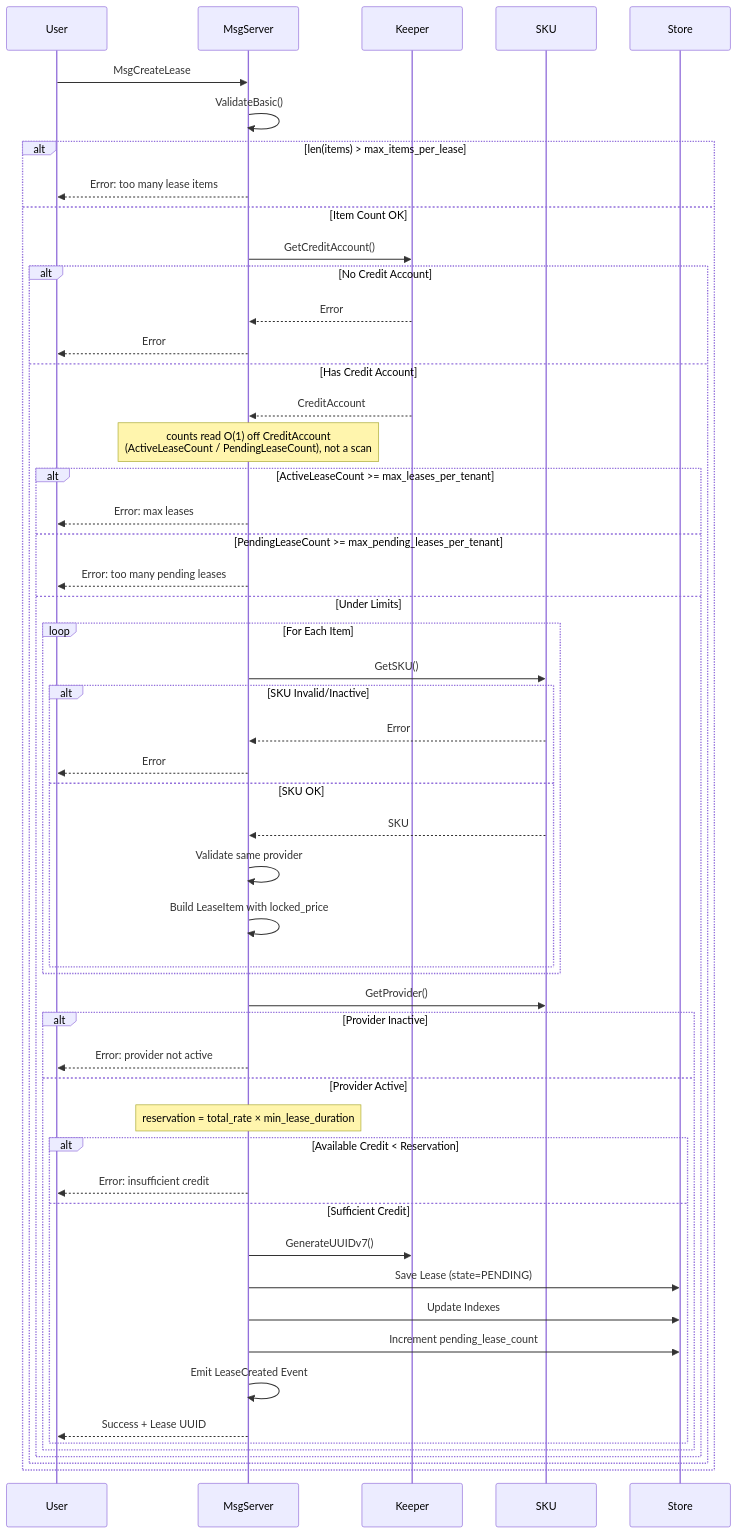
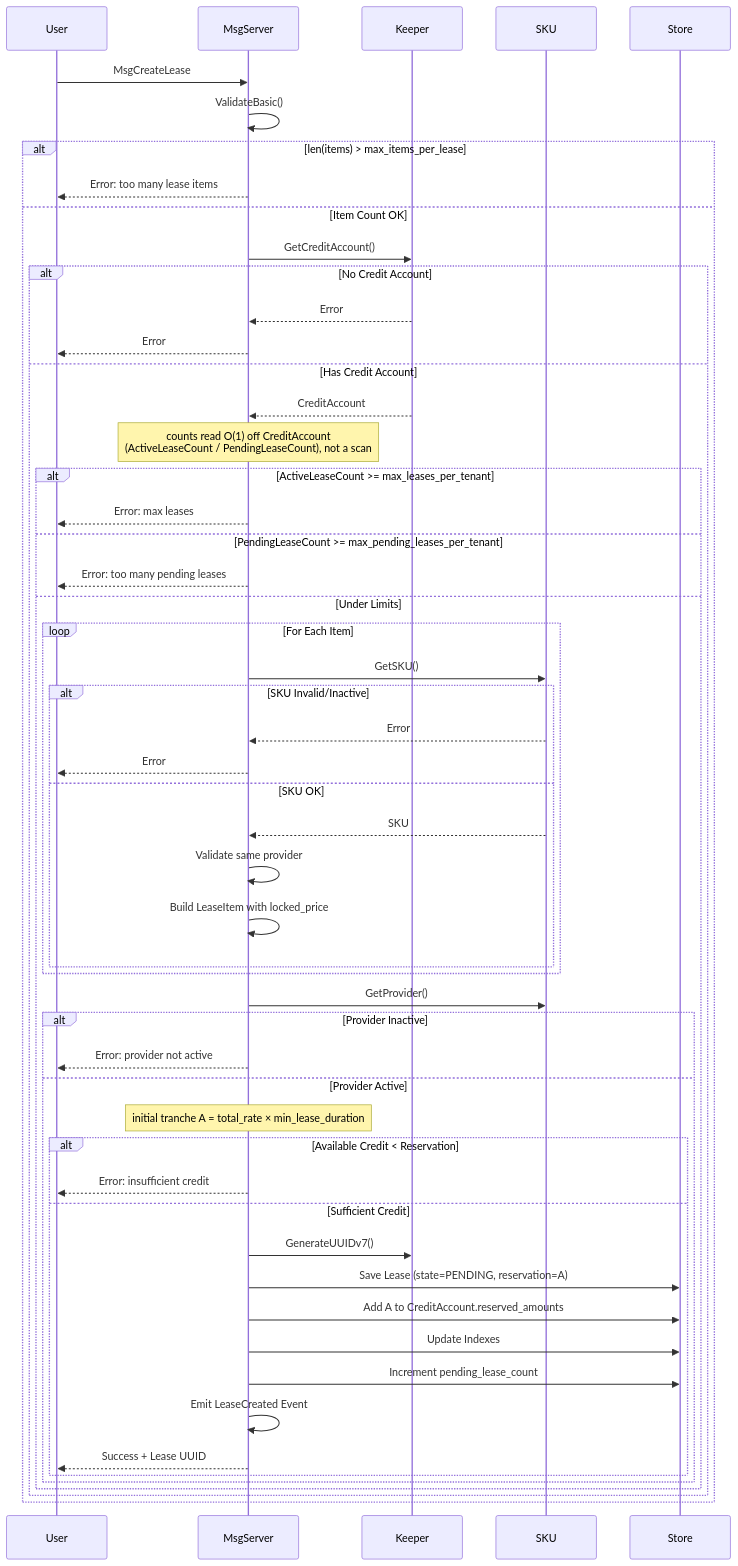
One commit to manifest-network/manifest-ledger changed the sixth of 13 diagrams in x/billing/docs/ARCHITECTURE.md. Above: the diagram before and after it, drawn with Mermaid. The commit also changed other lines of this file and 67 other files, not shown here.

````diff
--- a/x/billing/docs/ARCHITECTURE.md
+++ b/x/billing/docs/ARCHITECTURE.md
@@ -266,60 +314,61 @@
 ```mermaid
 sequenceDiagram
     participant User
     participant MsgServer
     participant Keeper
     participant SKU
     participant Store
     
     User->>MsgServer: MsgCreateLease
     MsgServer->>MsgServer: ValidateBasic()
     
     alt len(items) > max_items_per_lease
         MsgServer-->>User: Error: too many lease items
     else Item Count OK
         MsgServer->>Keeper: GetCreditAccount()
         
         alt No Credit Account
             Keeper-->>MsgServer: Error
             MsgServer-->>User: Error
         else Has Credit Account
             Keeper-->>MsgServer: CreditAccount
             Note over MsgServer: counts read O(1) off CreditAccount<br/>(ActiveLeaseCount / PendingLeaseCount), not a scan
             
             alt ActiveLeaseCount >= max_leases_per_tenant
                 MsgServer-->>User: Error: max leases
             else PendingLeaseCount >= max_pending_leases_per_tenant
                 MsgServer-->>User: Error: too many pending leases
             else Under Limits
                 loop For Each Item
                     MsgServer->>SKU: GetSKU()
                     alt SKU Invalid/Inactive
                         SKU-->>MsgServer: Error
                         MsgServer-->>User: Error
                     else SKU OK
                         SKU-->>MsgServer: SKU
                         MsgServer->>MsgServer: Validate same provider
                         MsgServer->>MsgServer: Build LeaseItem with locked_price
                     end
                 end
                 
                 MsgServer->>SKU: GetProvider()
                 alt Provider Inactive
                     MsgServer-->>User: Error: provider not active
                 else Provider Active
-                    Note over MsgServer: reservation = total_rate × min_lease_duration
+                    Note over MsgServer: initial tranche A = total_rate × min_lease_duration
                     alt Available Credit < Reservation
                         MsgServer-->>User: Error: insufficient credit
                     else Sufficient Credit
                         MsgServer->>Keeper: GenerateUUIDv7()
-                        MsgServer->>Store: Save Lease (state=PENDING)
+                        MsgServer->>Store: Save Lease (state=PENDING, reservation=A)
+                        MsgServer->>Store: Add A to CreditAccount.reserved_amounts
                         MsgServer->>Store: Update Indexes
                         MsgServer->>Store: Increment pending_lease_count
                         MsgServer->>MsgServer: Emit LeaseCreated Event
                         MsgServer-->>User: Success + Lease UUID
                     end
                 end
             end
         end
     end
 ```
````
